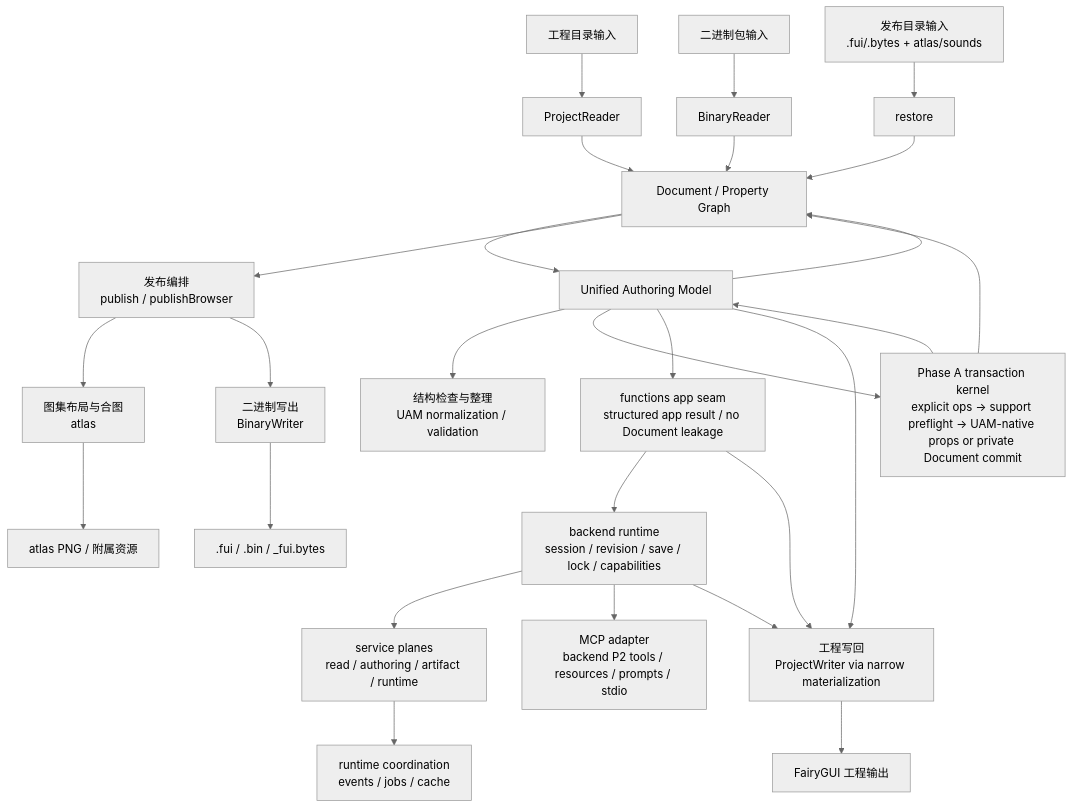
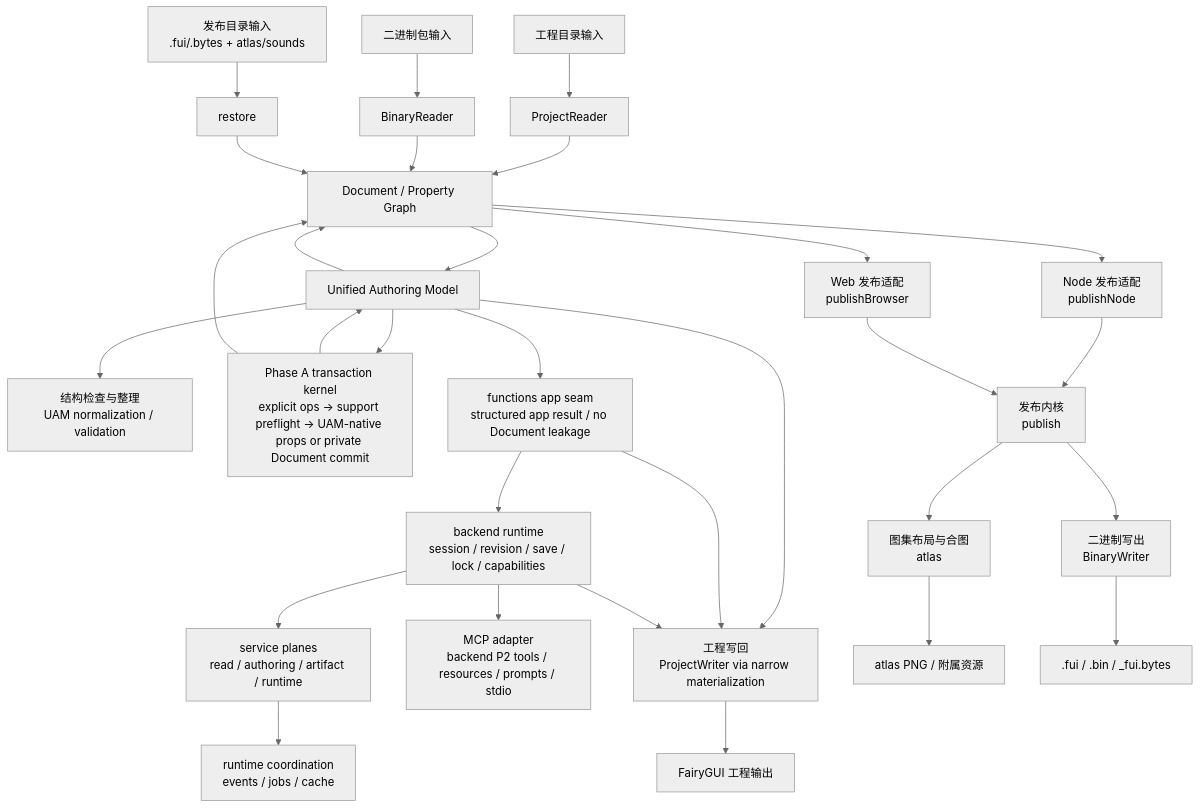
The second of 2 diagrams in docs/architecture-overview.md (OpenFairyGUI/OpenFairyGUI), drawn with Mermaid (neutral theme) before and after one commit. The commit also changed other lines of this file and 17 other files, not shown here.

````diff
--- a/docs/architecture-overview.md
+++ b/docs/architecture-overview.md
@@ -277,29 +286,32 @@
 ```mermaid
 flowchart TD
     A["工程目录输入"] --> B["ProjectReader"]
     X["二进制包输入"] --> Y["BinaryReader"]
     R["发布目录输入<br/>.fui/.bytes + atlas/sounds"] --> S["restore"]
     B --> C["Document / Property Graph"]
     Y --> C
     S --> C
     C --> U["Unified Authoring Model"]
     U --> D["结构检查与整理<br/>UAM normalization / validation"]
     U --> T["Phase A transaction kernel<br/>explicit ops -> support preflight -> UAM-native props or private Document commit"]
     U --> A2["functions app seam<br/>structured app result / no Document leakage"]
     A2 --> B2["backend runtime<br/>session / revision / save / lock / capabilities"]
     B2 --> B3["service planes<br/>read / authoring / artifact / runtime"]
     B3 --> B4["runtime coordination<br/>events / jobs / cache"]
     B2 --> M1["MCP adapter<br/>backend P2 tools / resources / prompts / stdio"]
     T --> U
     T --> C
     U --> F["工程写回<br/>ProjectWriter via narrow materialization"]
     A2 --> F
     B2 --> F
     U --> C
-    C --> E["发布编排<br/>publish / publishBrowser"]
+    C --> EN["Node 发布适配<br/>publishNode"]
+    C --> EW["Web 发布适配<br/>publishBrowser"]
+    EN --> E["发布内核<br/>publish"]
+    EW --> E
     E --> G["图集布局与合图<br/>atlas"]
     E --> H["二进制写出<br/>BinaryWriter"]
     F --> I["FairyGUI 工程输出"]
     G --> J["atlas PNG / 附属资源"]
     H --> K[".fui / .bin / _fui.bytes"]
 ```
````
